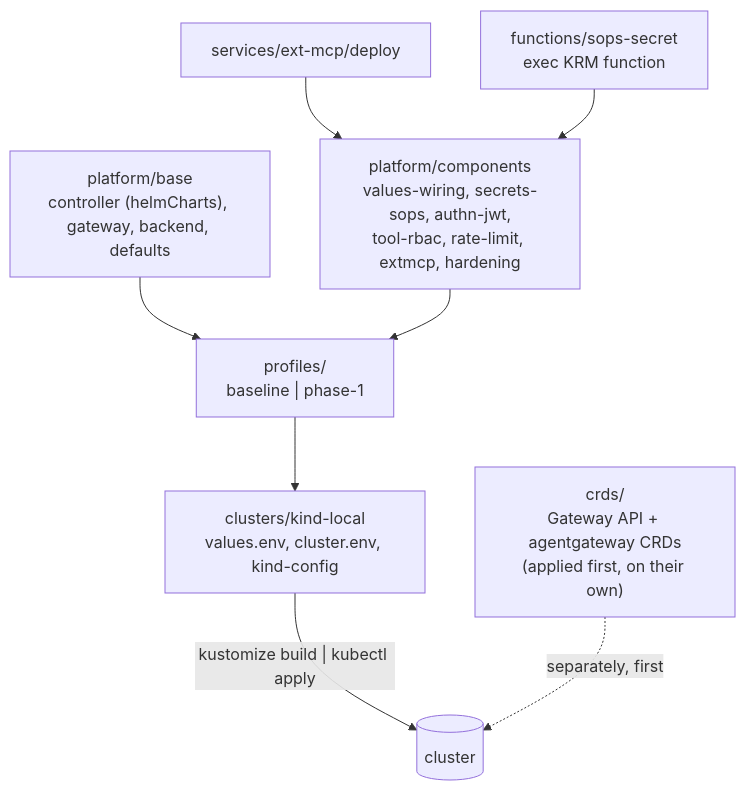
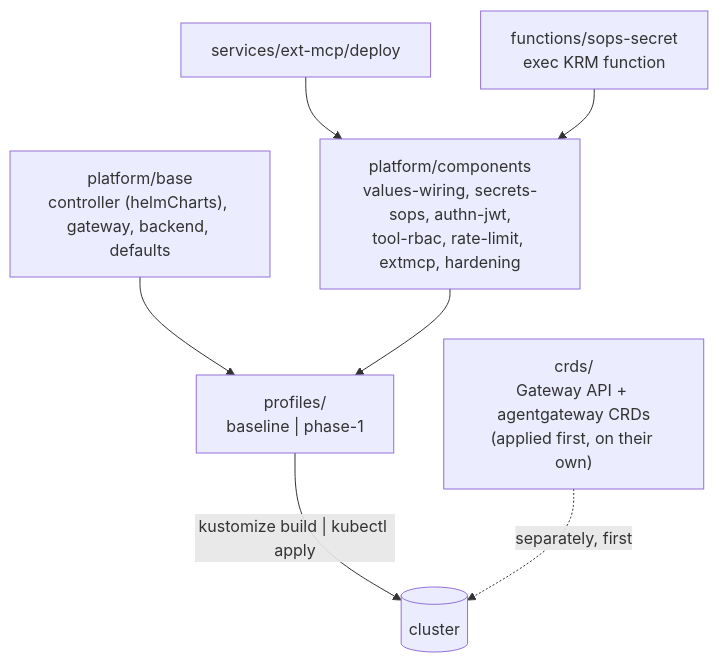
The third of 4 diagrams in code/mcp-sandbox/part-3-mcp-guardrails/README.md (raghav19/engineersdaybook), drawn with Mermaid before and after one commit. The commit also changed other lines of this file and 18 other files, not shown here.

````diff
--- a/code/mcp-sandbox/part-3-mcp-guardrails/README.md
+++ b/code/mcp-sandbox/part-3-mcp-guardrails/README.md
@@ -77,17 +75,15 @@
 ```mermaid
 flowchart TB
   crds["crds/<br/>Gateway API + agentgateway CRDs<br/>(applied first, on their own)"]
   base["platform/base<br/>controller (helmCharts), gateway, backend, defaults"]
   comp["platform/components<br/>values-wiring, secrets-sops, authn-jwt,<br/>tool-rbac, rate-limit, extmcp, hardening"]
   prof["profiles/<br/>baseline  |  phase-1"]
-  cl["clusters/kind-local<br/>values.env, cluster.env, kind-config"]
   fn["functions/sops-secret<br/>exec KRM function"]
   svc["services/ext-mcp/deploy"]
   base --> prof
   comp --> prof
   svc --> comp
   fn --> comp
-  prof --> cl
-  cl -- "kustomize build | kubectl apply" --> cluster[(cluster)]
+  prof -- "kustomize build | kubectl apply" --> cluster[(cluster)]
   crds -. "separately, first" .-> cluster
 ```
````
